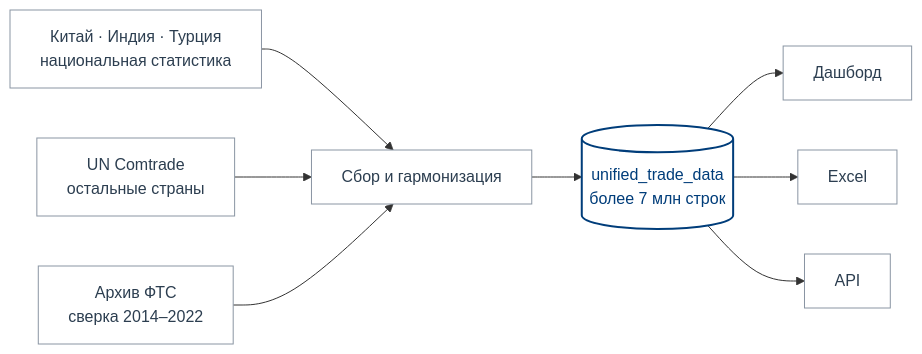
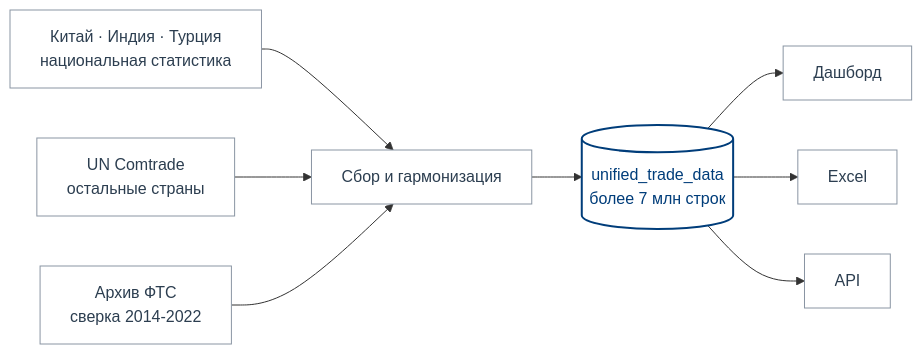
The first of 2 diagrams in presentations/project-overview.qmd (quantviews/mgimo-foreign-trade), drawn with Mermaid before and after one commit. The commit also changed other lines of this file, not shown here.

````diff
--- a/presentations/project-overview.qmd
+++ b/presentations/project-overview.qmd
@@ -154,17 +154,17 @@
 ```{mermaid}
 %%| fig-width: 11
 %%| fig-height: 4.6
 flowchart LR
     A["Китай · Индия · Турция<br/>национальная статистика"] --> D
     B["UN Comtrade<br/>остальные страны"] --> D
-    C["Архив ФТС<br/>сверка 2014–2022"] --> D
+    C["Архив ФТС<br/>сверка 2014-2022"] --> D
     D["Сбор и гармонизация"] --> E
     E[("unified_trade_data<br/>более 7 млн строк")]
     E --> F["Дашборд"]
     E --> G["Excel"]
     E --> H["API"]
 
     classDef plain fill:#ffffff,stroke:#8a95a3,stroke-width:1px,color:#2c3e50
     class A,B,C,D,F,G,H plain
     style E fill:#ffffff,stroke:#003d7a,stroke-width:2px,color:#003d7a
 ```
````
